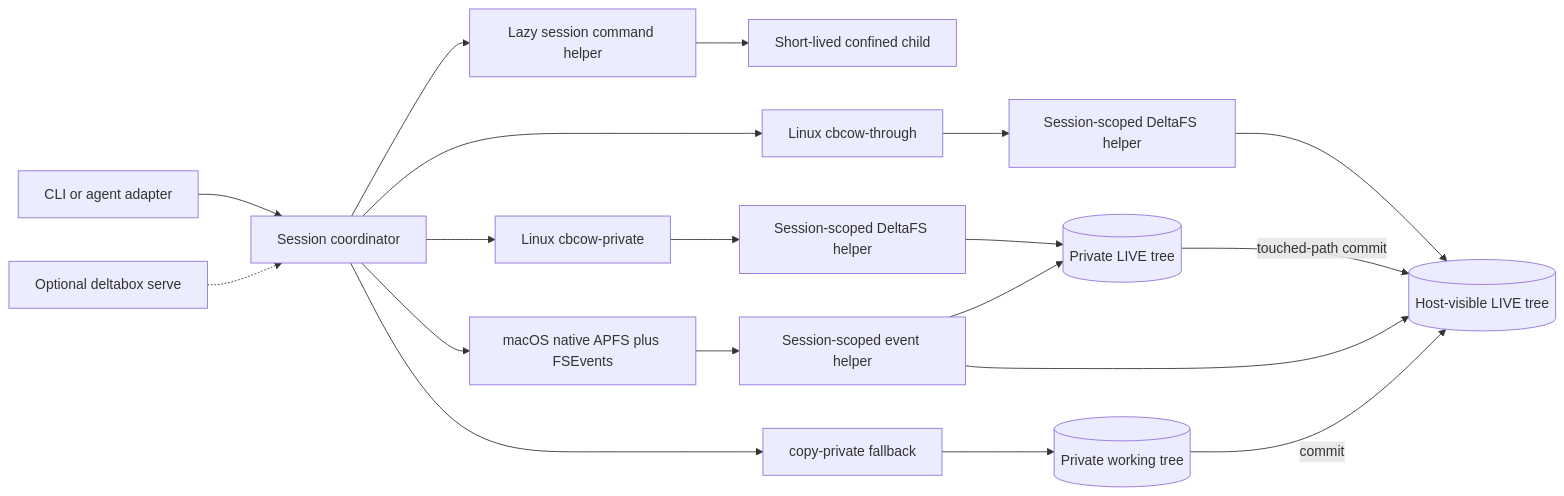
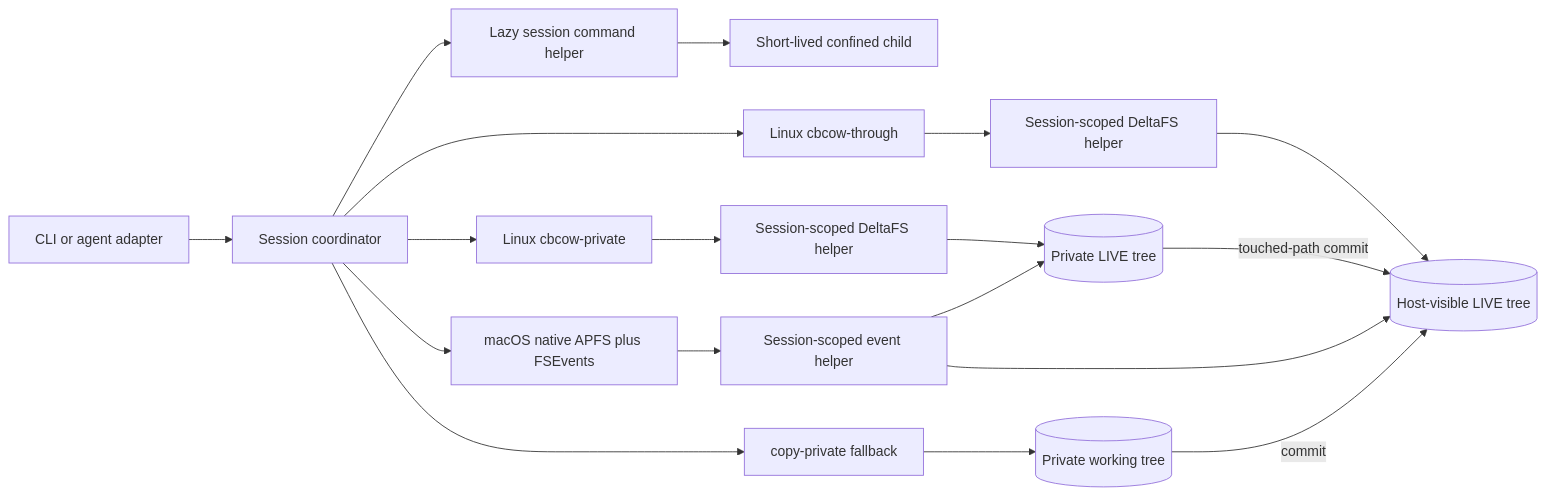
One commit to delta-box/deltabox-lite changed the diagram in README.md. Above: the diagram before and after it, drawn with Mermaid. The commit also changed other lines of this file and 1 other file, not shown here.

````diff
--- a/README.md
+++ b/README.md
@@ -60,21 +187,20 @@
 ```mermaid
 flowchart LR
     A[CLI or agent adapter] --> C[Session coordinator]
     C --> X[Lazy session command helper]
     X --> Y[Short-lived confined child]
     C --> T[Linux cbcow-through]
     T --> H[Session-scoped DeltaFS helper]
     H --> P[(Host-visible LIVE tree)]
     C --> V[Linux cbcow-private]
     V --> F[Session-scoped DeltaFS helper]
     F --> L[(Private LIVE tree)]
     L -->|touched-path commit| P
     C --> M[macOS native APFS plus FSEvents]
     M --> E[Session-scoped event helper]
     E --> P
     E --> L
     C --> R[copy-private fallback]
     R --> S[(Private working tree)]
     S -->|commit| P
-    O[Optional deltabox serve] -.-> C
 ```
````
